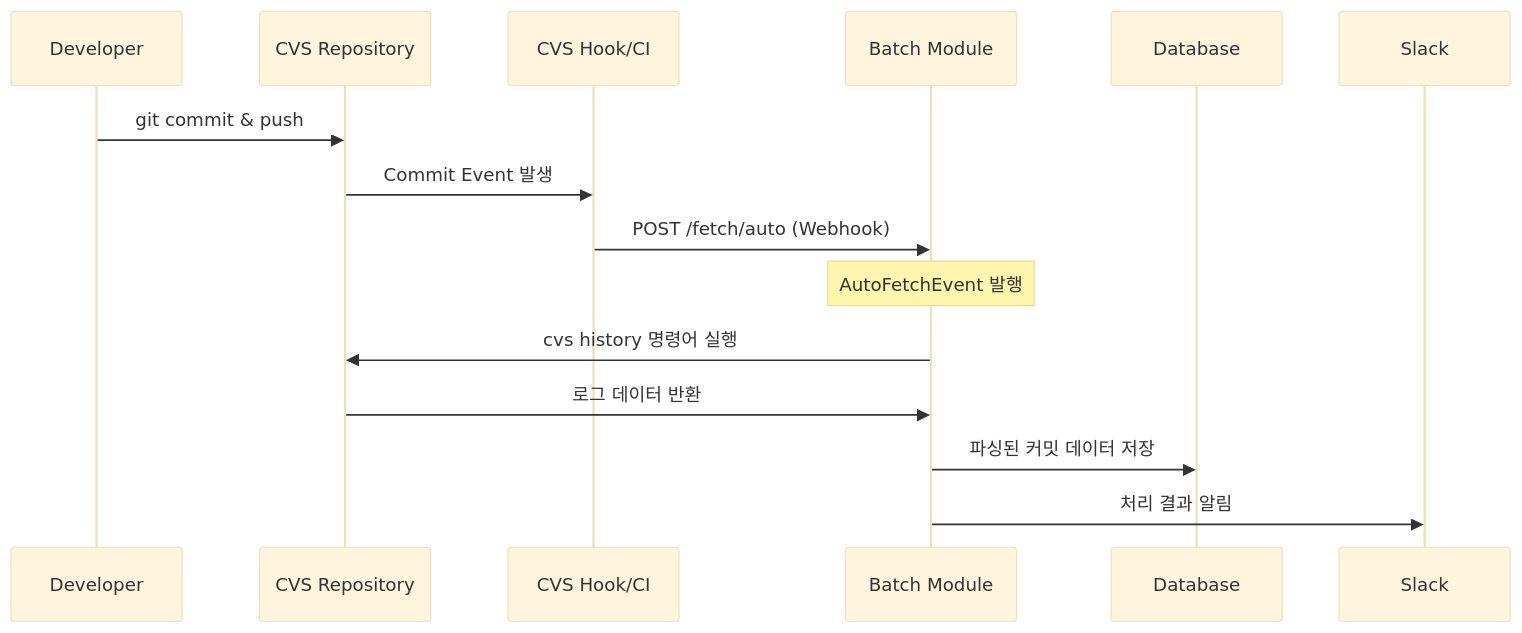
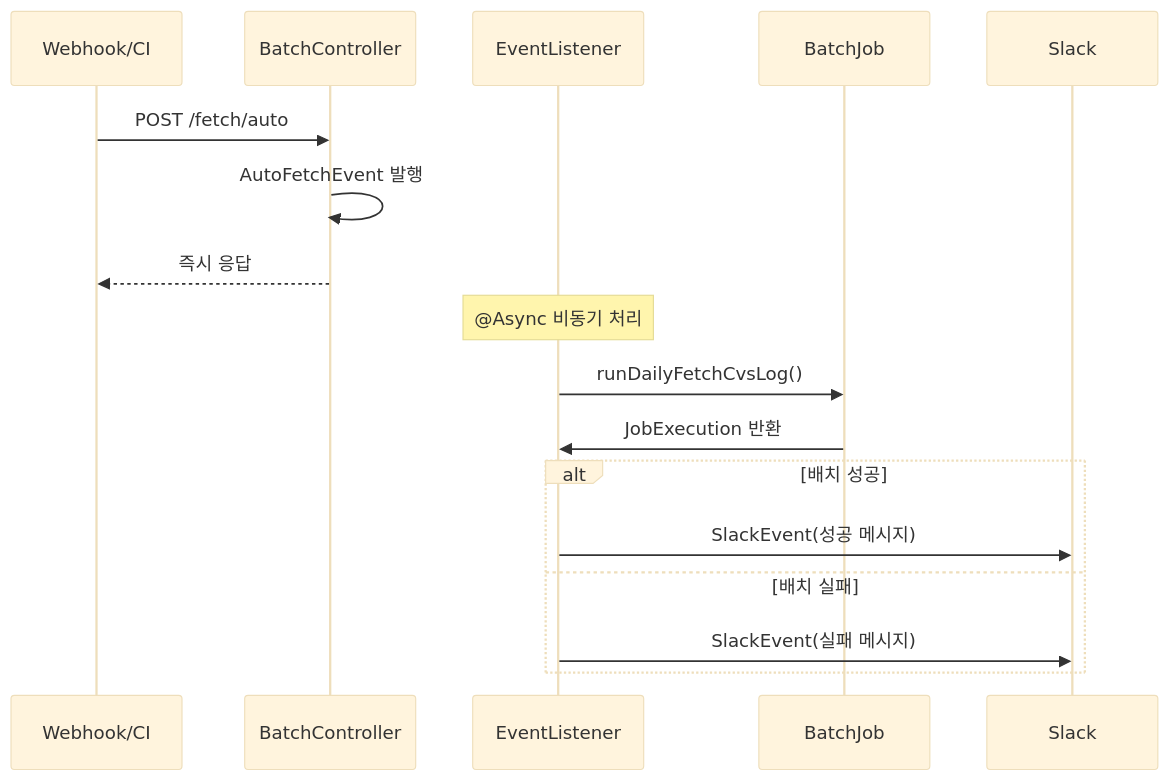
One commit to YeonsangYoon/cvslog changed the fourth of 10 diagrams in README.md. Above: the diagram before and after it, drawn with Mermaid (base theme). The commit also changed other lines of this file, not shown here.

````diff
--- a/README.md
+++ b/README.md
@@ -98,19 +350,22 @@
 ```mermaid
 sequenceDiagram
-    participant Dev as Developer
-    participant CVS as CVS Repository
-    participant Hook as CVS Hook/CI
-    participant Batch as Batch Module
-    participant DB as Database
-    participant Slack as Slack
+    participant W as Webhook/CI
+    participant C as BatchController
+    participant E as EventListener
+    participant B as BatchJob
+    participant S as Slack
     
-    Dev->>CVS: git commit & push
-    CVS->>Hook: Commit Event 발생
-    Hook->>Batch: POST /fetch/auto (Webhook)
+    W->>C: POST /fetch/auto
+    C->>C: AutoFetchEvent 발행
+    C-->>W: 즉시 응답
     
-    Note over Batch: AutoFetchEvent 발행
-    Batch->>CVS: cvs history 명령어 실행
-    CVS->>Batch: 로그 데이터 반환
-    Batch->>DB: 파싱된 커밋 데이터 저장
-    Batch->>Slack: 처리 결과 알림
+    Note over E: @Async 비동기 처리
+    E->>B: runDailyFetchCvsLog()
+    B->>E: JobExecution 반환
+    
+    alt 배치 성공
+        E->>S: SlackEvent(성공 메시지)
+    else 배치 실패
+        E->>S: SlackEvent(실패 메시지)
+    end
 ```
````
